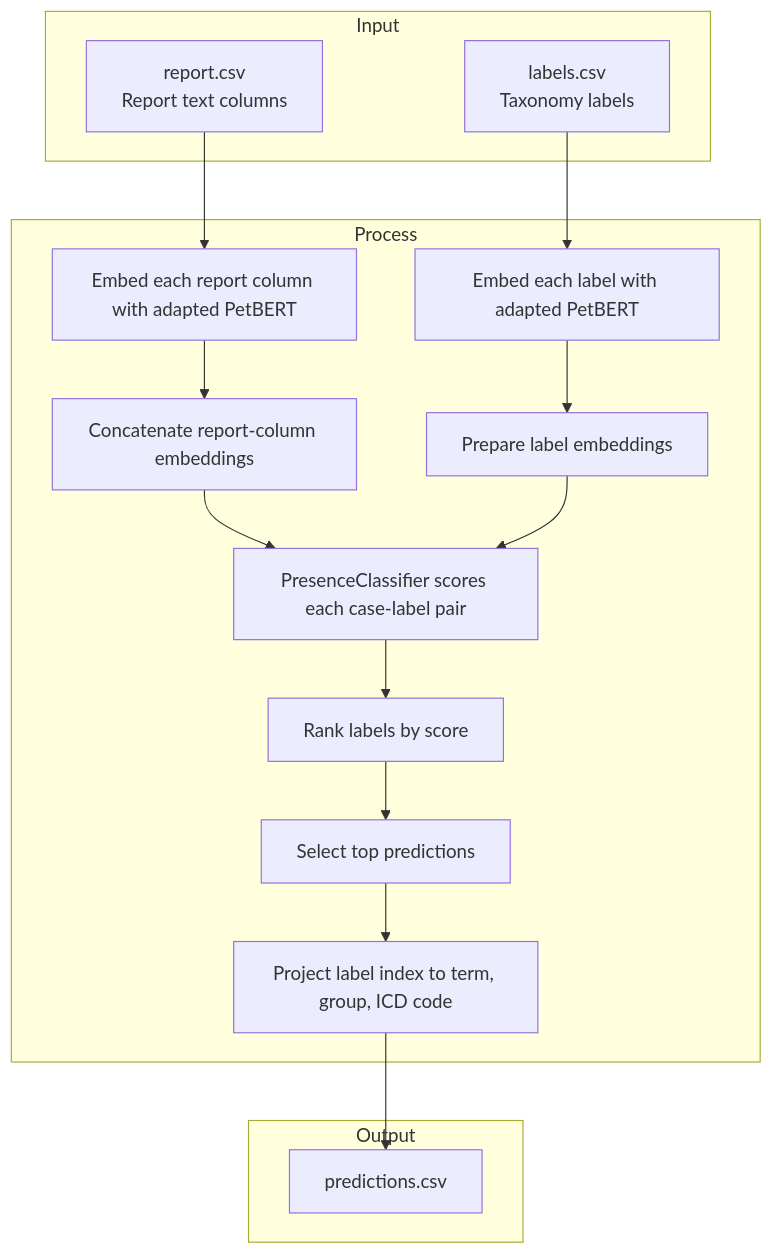
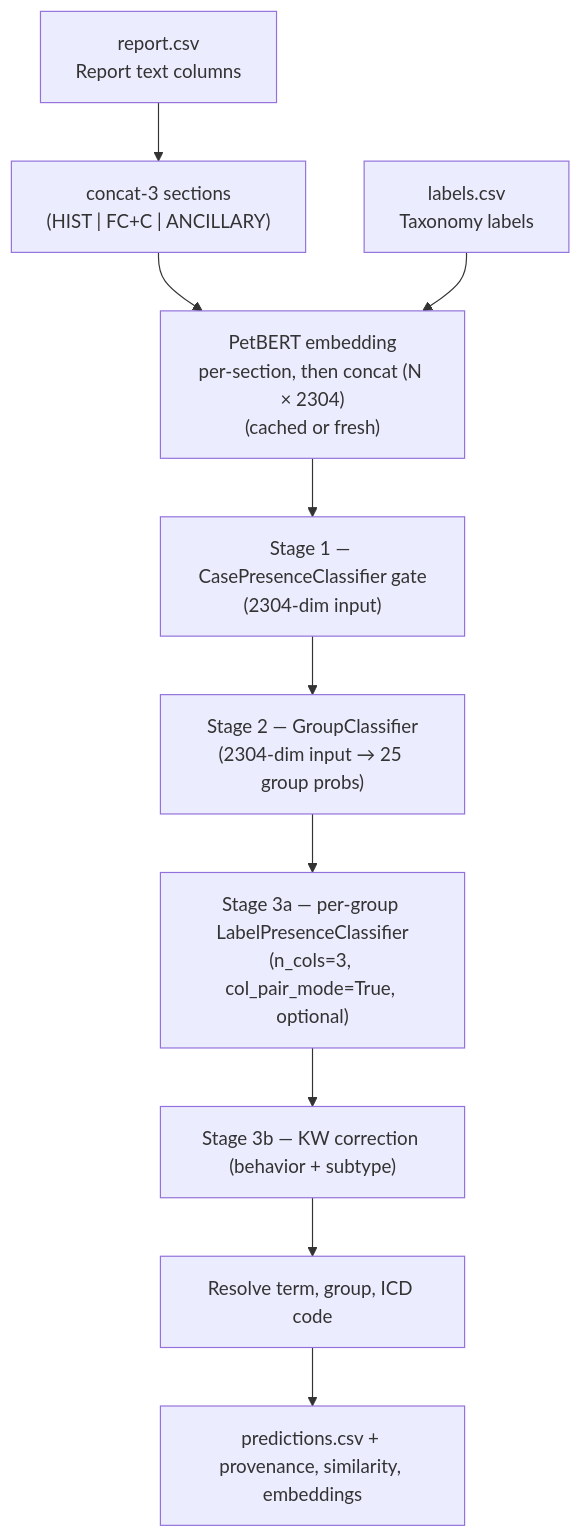
One commit to YugrajD/UC-Davis-VMTH-Cancer-Registry changed the diagram in ml/documentation/production-pipeline.md. Above: the diagram before and after it, drawn with Mermaid. The commit also changed other lines of this file and 116 other files, not shown here.

First line of the commit message:
Refactor PetBERT pipeline to 4-stage label-presence architecture

````diff
--- a/ml/documentation/production-pipeline.md
+++ b/ml/documentation/production-pipeline.md
@@ -21,33 +40,17 @@
 ```mermaid
 flowchart TD
-    subgraph IN3["Input"]
-        A["report.csv<br/>Report text columns"]
-        C["labels.csv<br/>Taxonomy labels"]
-    end
+    A["report.csv<br/>Report text columns"]
+    C["labels.csv<br/>Taxonomy labels"]
+    B["concat-3 sections<br/>(HIST | FC+C | ANCILLARY)"]
+    D["PetBERT embedding<br/>per-section, then concat (N × 2304)<br/>(cached or fresh)"]
+    S1["Stage 1 — CasePresenceClassifier gate<br/>(2304-dim input)"]
+    S2["Stage 2 — GroupClassifier<br/>(2304-dim input → 25 group probs)"]
+    S3a["Stage 3a — per-group LabelPresenceClassifier<br/>(n_cols=3, col_pair_mode=True, optional)"]
+    S3b["Stage 3b — KW correction (behavior + subtype)"]
+    R["Resolve term, group, ICD code"]
+    K["predictions.csv + provenance, similarity, embeddings"]
 
-    subgraph P3["Process"]
-        B["Embed each report column with adapted PetBERT"]
-        D["Embed each label with adapted PetBERT"]
-        E["Concatenate report-column embeddings"]
-        F["Prepare label embeddings"]
-        G["PresenceClassifier scores each case-label pair"]
-        H["Rank labels by score"]
-        I["Select top predictions"]
-        J["Project label index to term, group, ICD code"]
-    end
-
-    subgraph OUT3["Output"]
-        K["predictions.csv"]
-    end
-
-    A --> B
+    A --> B --> D
     C --> D
-    B --> E
-    D --> F
-    E --> G
-    F --> G
-    G --> H
-    H --> I
-    I --> J
-    J --> K
+    D --> S1 --> S2 --> S3a --> S3b --> R --> K
 ```
````
